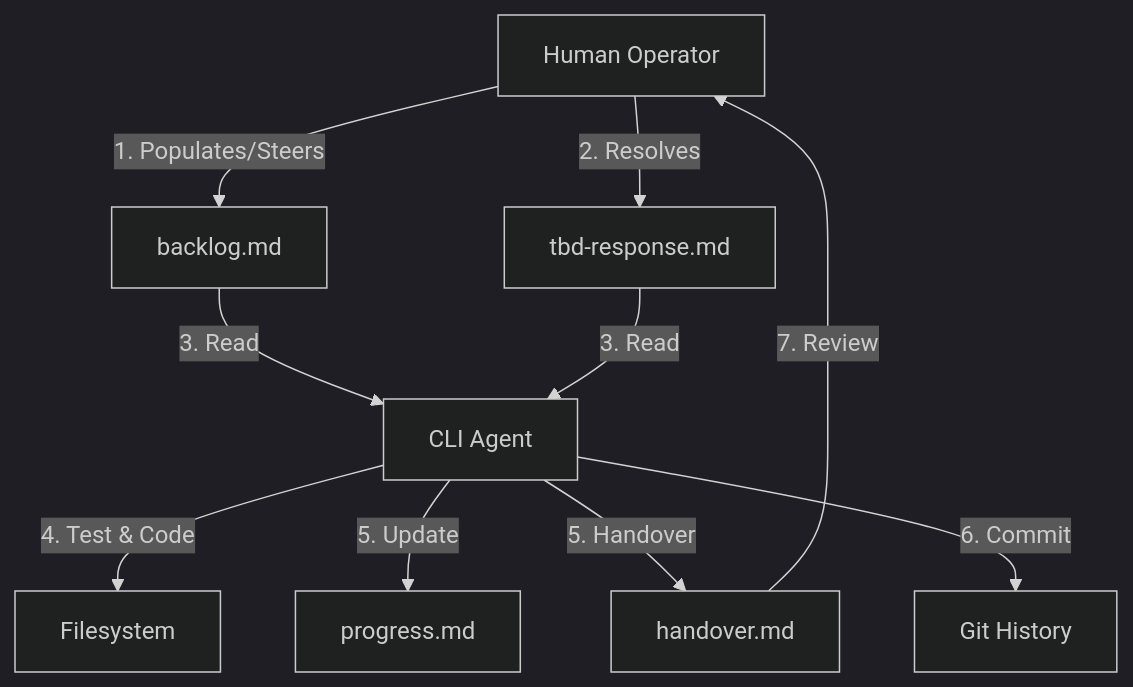
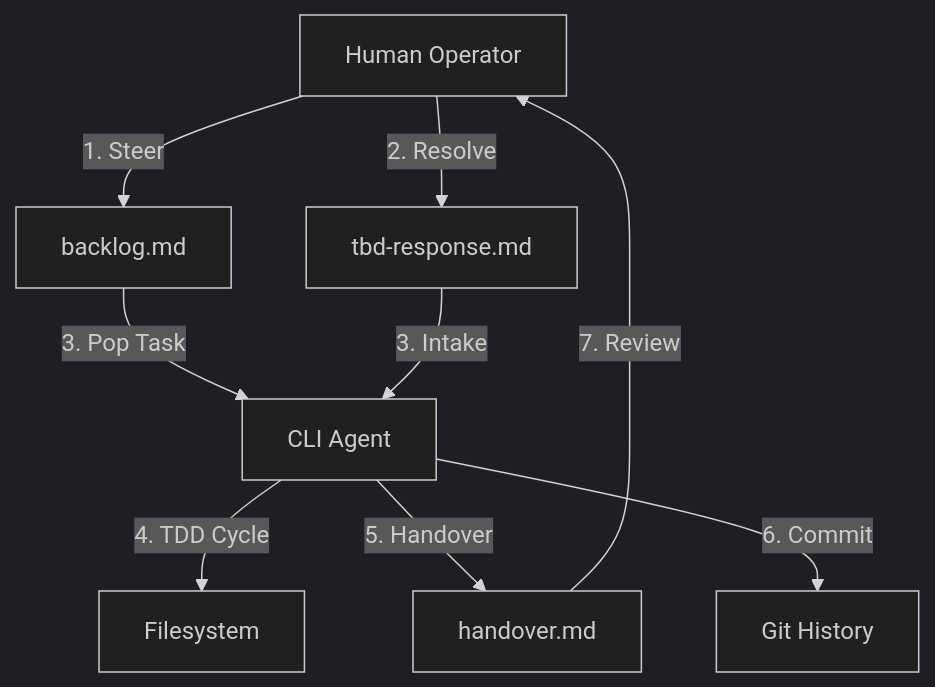
One commit to nikcholer/loop-design-build changed the diagram in README.md. Above: the diagram before and after it, drawn with Mermaid (dark theme). The commit also changed other lines of this file and 9 other files, not shown here.

````diff
--- a/README.md
+++ b/README.md
@@ -13,12 +20,11 @@
 ```mermaid
 graph TD
-    H[Human Operator] -->|1. Populates/Steers| B[backlog.md]
-    H -->|2. Resolves| TBD[tbd-response.md]
-    B -->|3. Read| A[CLI Agent]
-    TBD -->|3. Read| A
-    A -->|4. Test & Code| FS[Filesystem]
-    A -->|5. Update| P[progress.md]
+    H[Human Operator] -->|1. Steer| B[backlog.md]
+    H -->|2. Resolve| TBD[tbd-response.md]
+    B -->|3. Pop Task| A[CLI Agent]
+    TBD -->|3. Intake| A
+    A -->|4. TDD Cycle| FS[Filesystem]
     A -->|5. Handover| HO[handover.md]
     A -->|6. Commit| Git[Git History]
     HO -->|7. Review| H
 ```
````
